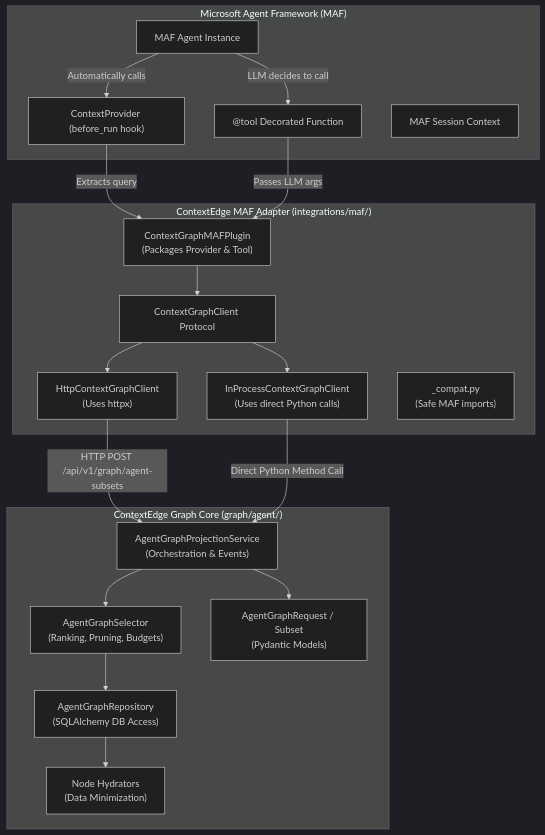
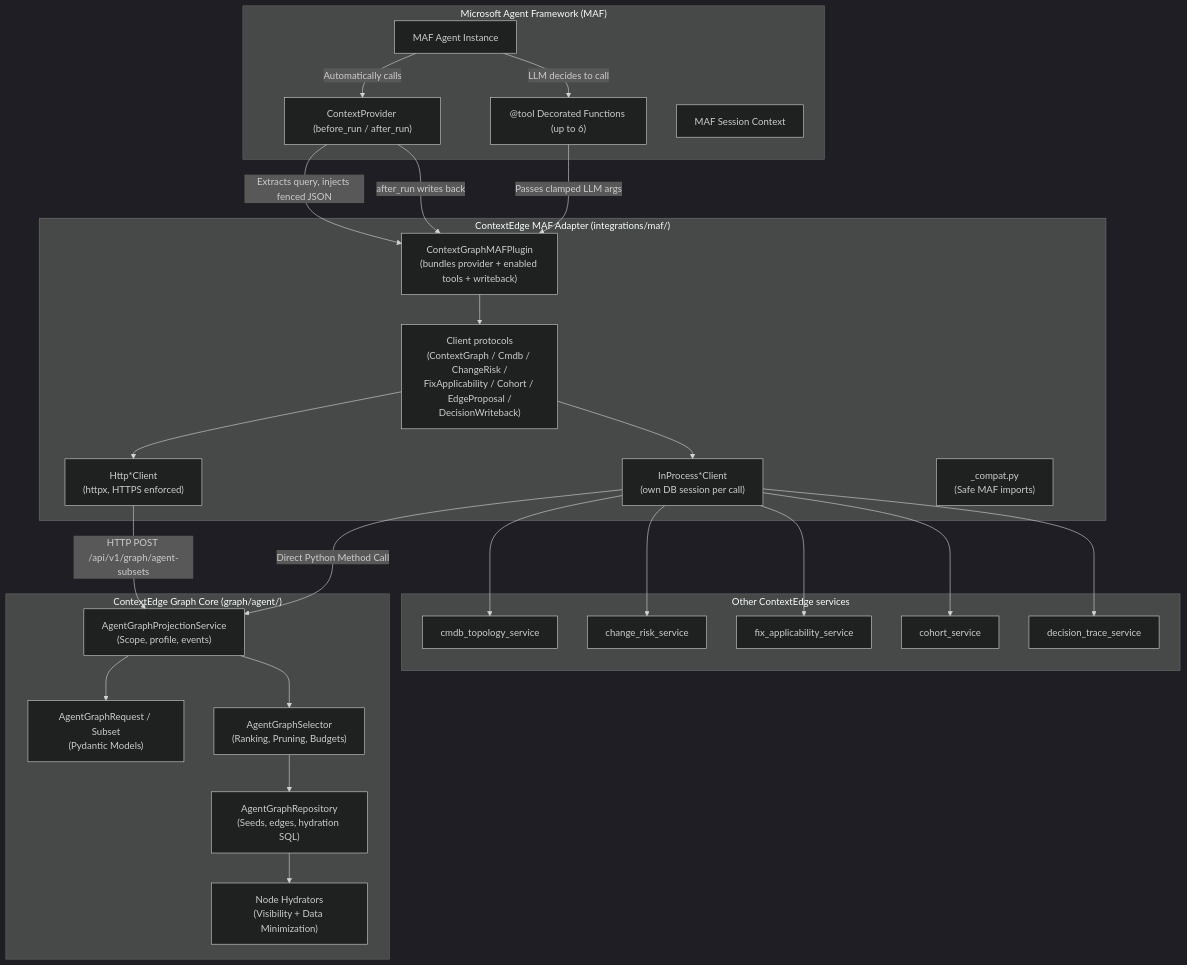
One commit to Valuedx/ContextEdge changed the first of 4 diagrams in docs/09_Microsoft_Agent_Framework_MAF.md. Above: the diagram before and after it, drawn with Mermaid (dark theme). The commit also changed other lines of this file and 48 other files, not shown here.

````diff
--- a/docs/09_Microsoft_Agent_Framework_MAF.md
+++ b/docs/09_Microsoft_Agent_Framework_MAF.md
@@ -53,41 +53,55 @@
 ```mermaid
 graph TD
     subgraph MAF["Microsoft Agent Framework (MAF)"]
         Agent["MAF Agent Instance"]
-        Provider["ContextProvider (before_run hook)"]
-        Tool["@tool Decorated Function"]
+        Provider["ContextProvider (before_run / after_run)"]
+        Tool["@tool Decorated Functions (up to 6)"]
         SessionContext["MAF Session Context"]
     end
 
     subgraph ContextEdge_MAF["ContextEdge MAF Adapter (integrations/maf/)"]
-        Plugin["ContextGraphMAFPlugin\n(Packages Provider & Tool)"]
-        Client["ContextGraphClient Protocol"]
-        HTTPClient["HttpContextGraphClient\n(Uses httpx)"]
-        InProcessClient["InProcessContextGraphClient\n(Uses direct Python calls)"]
+        Plugin["ContextGraphMAFPlugin\n(bundles provider + enabled tools + writeback)"]
+        Client["Client protocols\n(ContextGraph / Cmdb / ChangeRisk /\nFixApplicability / Cohort / EdgeProposal /\nDecisionWriteback)"]
+        HTTPClient["Http*Client\n(httpx, HTTPS enforced)"]
+        InProcessClient["InProcess*Client\n(own DB session per call)"]
         Compat["_compat.py\n(Safe MAF imports)"]
     end
 
     subgraph ContextEdge_Core["ContextEdge Graph Core (graph/agent/)"]
-        Service["AgentGraphProjectionService\n(Orchestration & Events)"]
+        Service["AgentGraphProjectionService\n(Scope, profile, events)"]
         Selector["AgentGraphSelector\n(Ranking, Pruning, Budgets)"]
-        Repo["AgentGraphRepository\n(SQLAlchemy DB Access)"]
+        Repo["AgentGraphRepository\n(Seeds, edges, hydration SQL)"]
         Contracts["AgentGraphRequest / Subset\n(Pydantic Models)"]
-        Hydrator["Node Hydrators\n(Data Minimization)"]
+        Hydrator["Node Hydrators\n(Visibility + Data Minimization)"]
+    end
+
+    subgraph Services["Other ContextEdge services"]
+        Cmdb["cmdb_topology_service"]
+        Risk["change_risk_service"]
+        Fix["fix_applicability_service"]
+        Cohort["cohort_service"]
+        DecisionSvc["decision_trace_service"]
     end
 
     Agent -->|Automatically calls| Provider
     Agent -->|LLM decides to call| Tool
-    Provider -->|Extracts query| Plugin
-    Tool -->|Passes LLM args| Plugin
+    Provider -->|Extracts query, injects fenced JSON| Plugin
+    Provider -->|after_run writes back| Plugin
+    Tool -->|Passes clamped LLM args| Plugin
     Plugin --> Client
     Client --> HTTPClient
     Client --> InProcessClient
-    
+
     HTTPClient -- "HTTP POST /api/v1/graph/agent-subsets" --> Service
     InProcessClient -- "Direct Python Method Call" --> Service
-    
+    InProcessClient --> Cmdb
+    InProcessClient --> Risk
+    InProcessClient --> Fix
+    InProcessClient --> Cohort
+    InProcessClient --> DecisionSvc
+
     Service --> Contracts
     Service --> Selector
     Selector --> Repo
     Repo --> Hydrator
 ```
````
